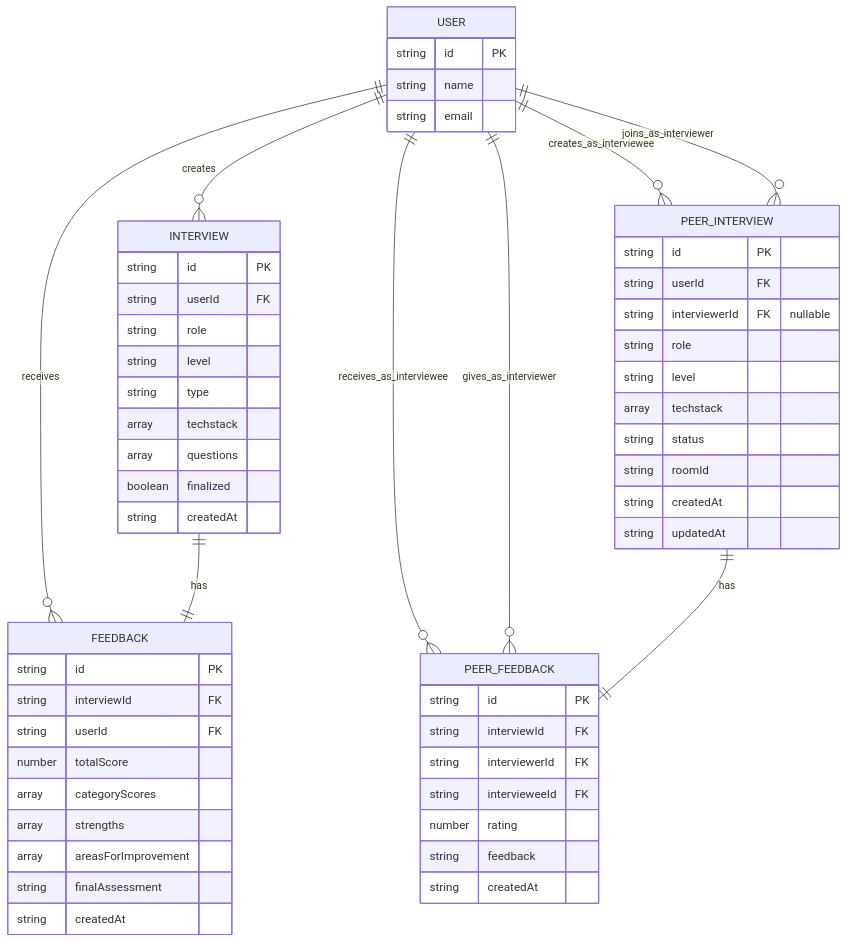
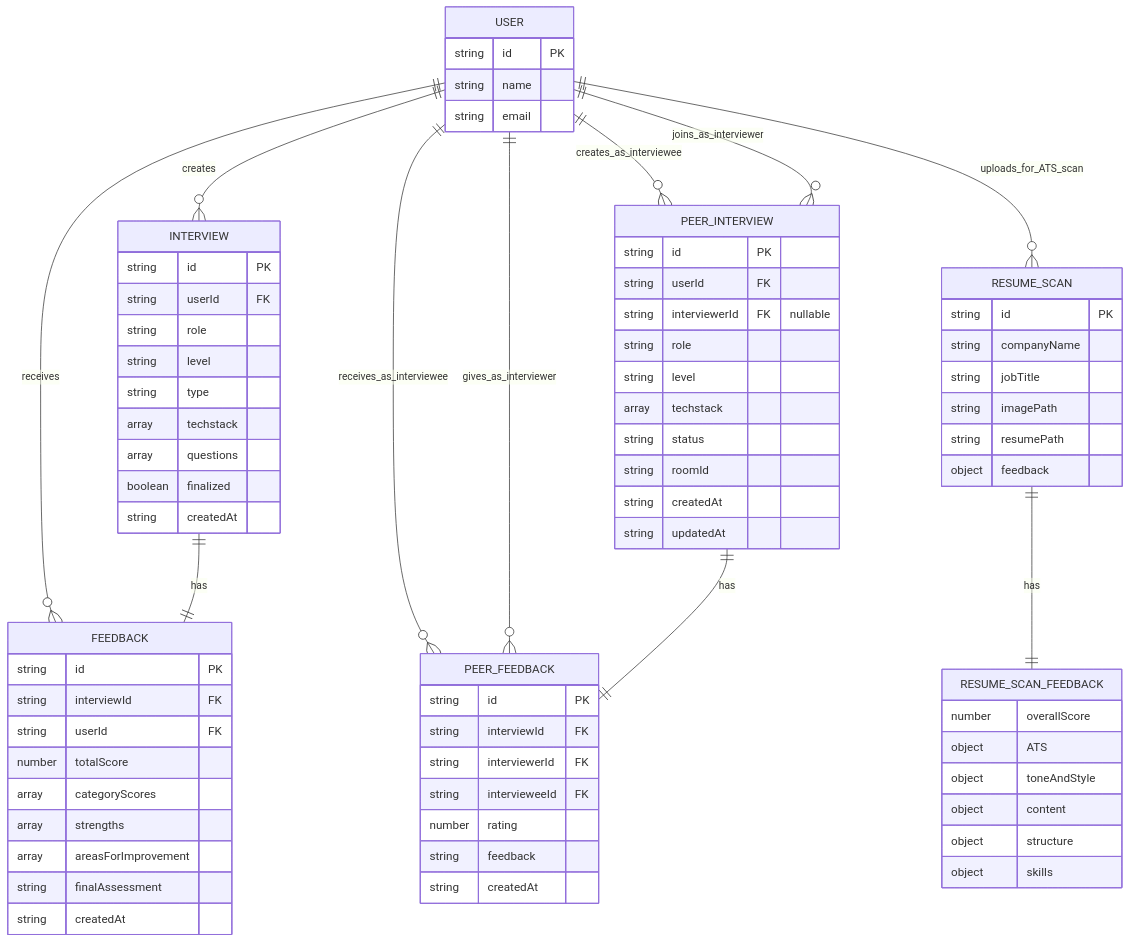
One commit to thoofik/careersync-ai changed the second of 9 diagrams in ER_DIAGRAM.md. Above: the diagram before and after it, drawn with Mermaid. The commit also changed other lines of this file, not shown here.

Commit message:
Document resume scanning (Puter KV/FS) in the ER diagram.

````diff
--- a/ER_DIAGRAM.md
+++ b/ER_DIAGRAM.md
@@ -183,9 +209,11 @@
     USER ||--o{ FEEDBACK : receives
     USER ||--o{ PEER_FEEDBACK : receives_as_interviewee
     USER ||--o{ PEER_FEEDBACK : gives_as_interviewer
+    USER ||--o{ RESUME_SCAN : uploads_for_ATS_scan
     
     INTERVIEW ||--|| FEEDBACK : has
     PEER_INTERVIEW ||--|| PEER_FEEDBACK : has
+    RESUME_SCAN ||--|| RESUME_SCAN_FEEDBACK : has
     
     USER {
         string id PK
@@ -239,4 +267,22 @@
         string feedback
         string createdAt
     }
+
+    RESUME_SCAN {
+        string id PK
+        string companyName
+        string jobTitle
+        string imagePath
+        string resumePath
+        object feedback
+    }
+
+    RESUME_SCAN_FEEDBACK {
+        number overallScore
+        object ATS
+        object toneAndStyle
+        object content
+        object structure
+        object skills
+    }
 ```
````
